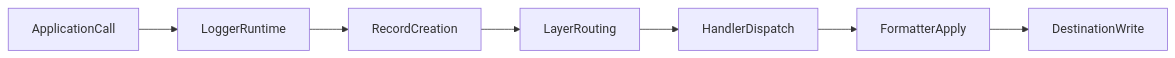
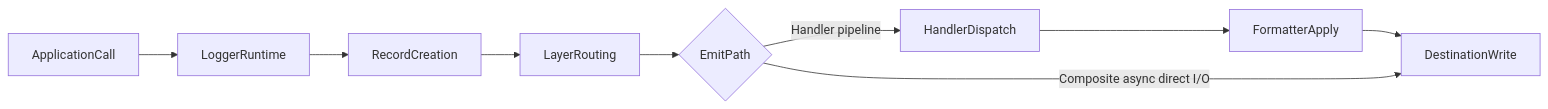
One commit to SavinRazvan/hydra-logger changed the second of 2 diagrams in docs/ARCHITECTURE.md. Above: the diagram before and after it, drawn with Mermaid. The commit also changed other lines of this file and 53 other files, not shown here.

First line of the commit message:
docs(readme,modules): sharpen public docs and onboarding flow

````diff
--- a/docs/ARCHITECTURE.md
+++ b/docs/ARCHITECTURE.md
@@ -42,9 +46,11 @@
 ```mermaid
 flowchart LR
   appCode[ApplicationCall] --> loggerRuntime[LoggerRuntime]
   loggerRuntime --> recordCreate[RecordCreation]
   recordCreate --> layerRoute[LayerRouting]
-  layerRoute --> handlerDispatch[HandlerDispatch]
+  layerRoute --> emitPath{EmitPath}
+  emitPath -->|Handler pipeline| handlerDispatch[HandlerDispatch]
   handlerDispatch --> formatterApply[FormatterApply]
   formatterApply --> destinationWrite[DestinationWrite]
+  emitPath -->|Composite async direct I/O| destinationWrite
 ```
````
